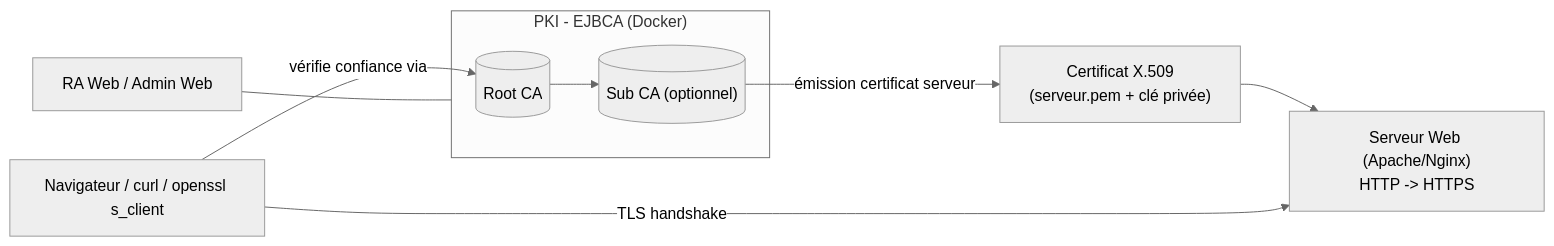
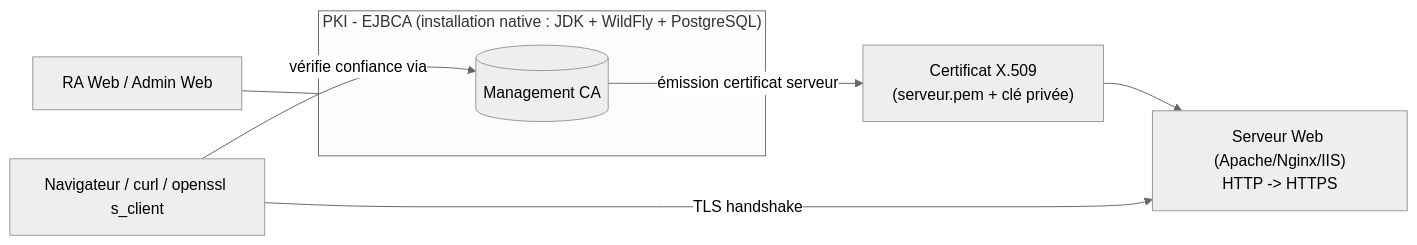
Before and after one commit to benzenepc-dev/Crypto_PKI: the diagram in README.md, drawn with Mermaid (neutral theme). The commit also changed other lines of this file, not shown here.

Commit message:
docs: rewrite README for native EJBCA install (no Docker), add current status section

````diff
--- a/README.md
+++ b/README.md
@@ -20,13 +39,11 @@
 ```mermaid
 flowchart LR
-    subgraph PKI["PKI - EJBCA (Docker)"]
-        RootCA[("Root CA")]
-        SubCA[("Sub CA (optionnel)")]
-        RootCA --> SubCA
+    subgraph PKI["PKI - EJBCA (installation native : JDK + WildFly + PostgreSQL)"]
+        CA[("Management CA")]
     end
     RA["RA Web / Admin Web"] --- PKI
-    SubCA -- "émission certificat serveur" --> Cert["Certificat X.509\n(serveur.pem + clé privée)"]
-    Cert --> Web["Serveur Web (Apache/Nginx)\nHTTP -> HTTPS"]
+    CA -- "émission certificat serveur" --> Cert["Certificat X.509\n(serveur.pem + clé privée)"]
+    Cert --> Web["Serveur Web (Apache/Nginx/IIS)\nHTTP -> HTTPS"]
     Client["Navigateur / curl / openssl s_client"] -- "TLS handshake" --> Web
-    Client -- "vérifie confiance via" --> RootCA
+    Client -- "vérifie confiance via" --> CA
 ```
````
